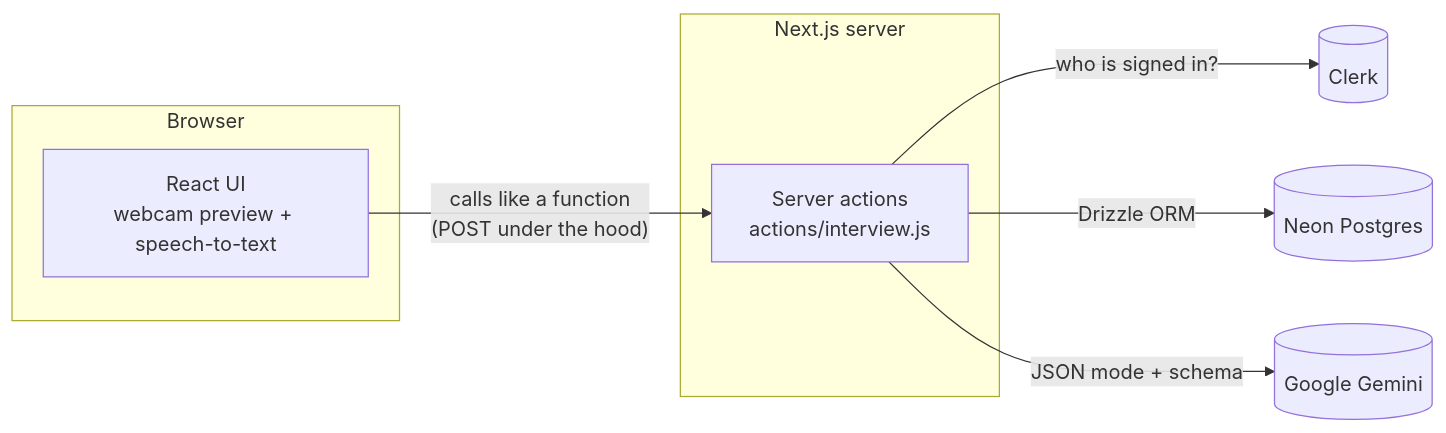
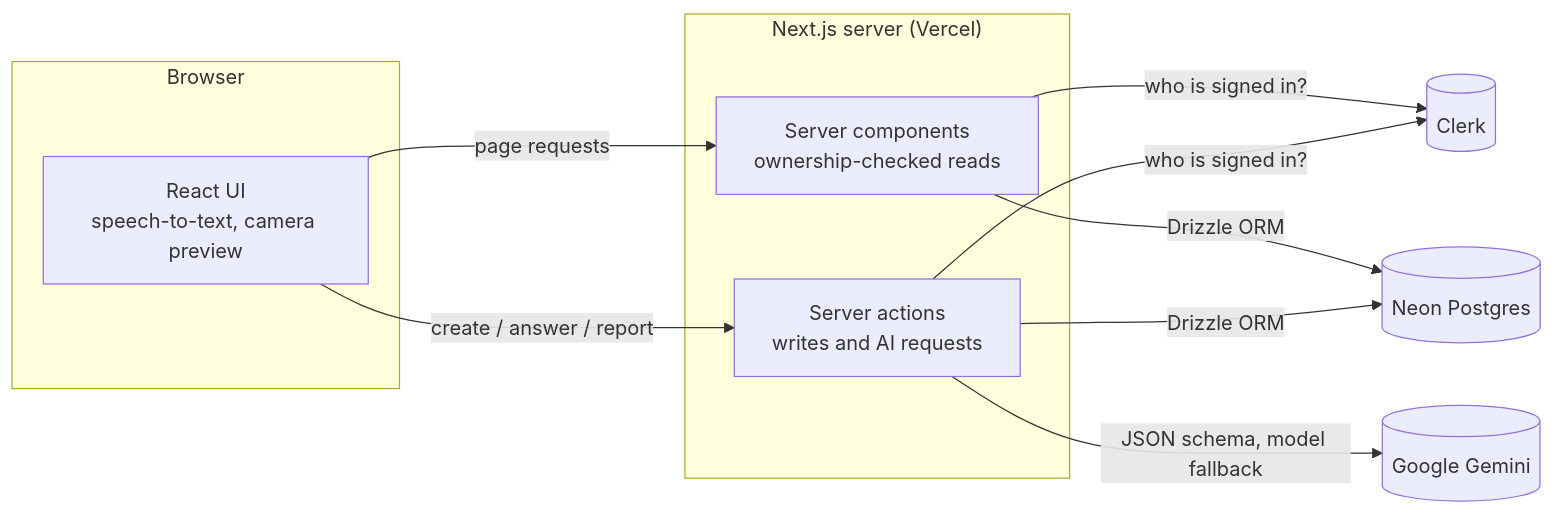
One commit to yuvrajtiwary-bitmesraece/AI-Mock-Interview changed the diagram in README.md. Above: the diagram before and after it, drawn with Mermaid. The commit also changed other lines of this file and 22 other files, not shown here.

````diff
--- a/README.md
+++ b/README.md
@@ -41,13 +70,15 @@
 ```mermaid
 flowchart LR
     subgraph Browser
-        UI[React UI<br/>webcam preview + speech-to-text]
+        UI[React UI<br/>speech-to-text, camera preview]
     end
-    subgraph Server["Next.js server"]
-        SA[Server actions<br/>actions/interview.js]
+    subgraph Server["Next.js server (Vercel)"]
+        RSC[Server components<br/>ownership-checked reads]
+        SA[Server actions<br/>writes and AI requests]
     end
-    UI -- "calls like a function<br/>(POST under the hood)" --> SA
-    SA -- "who is signed in?" --> Clerk[(Clerk)]
-    SA -- "Drizzle ORM" --> DB[(Neon Postgres)]
-    SA -- "JSON mode + schema" --> Gemini[(Google Gemini)]
+    UI -- "page requests" --> RSC
+    UI -- "create / answer / report" --> SA
+    RSC & SA -- "who is signed in?" --> Clerk[(Clerk)]
+    RSC & SA -- "Drizzle ORM" --> DB[(Neon Postgres)]
+    SA -- "JSON schema, model fallback" --> Gemini[(Google Gemini)]
 ```
````
